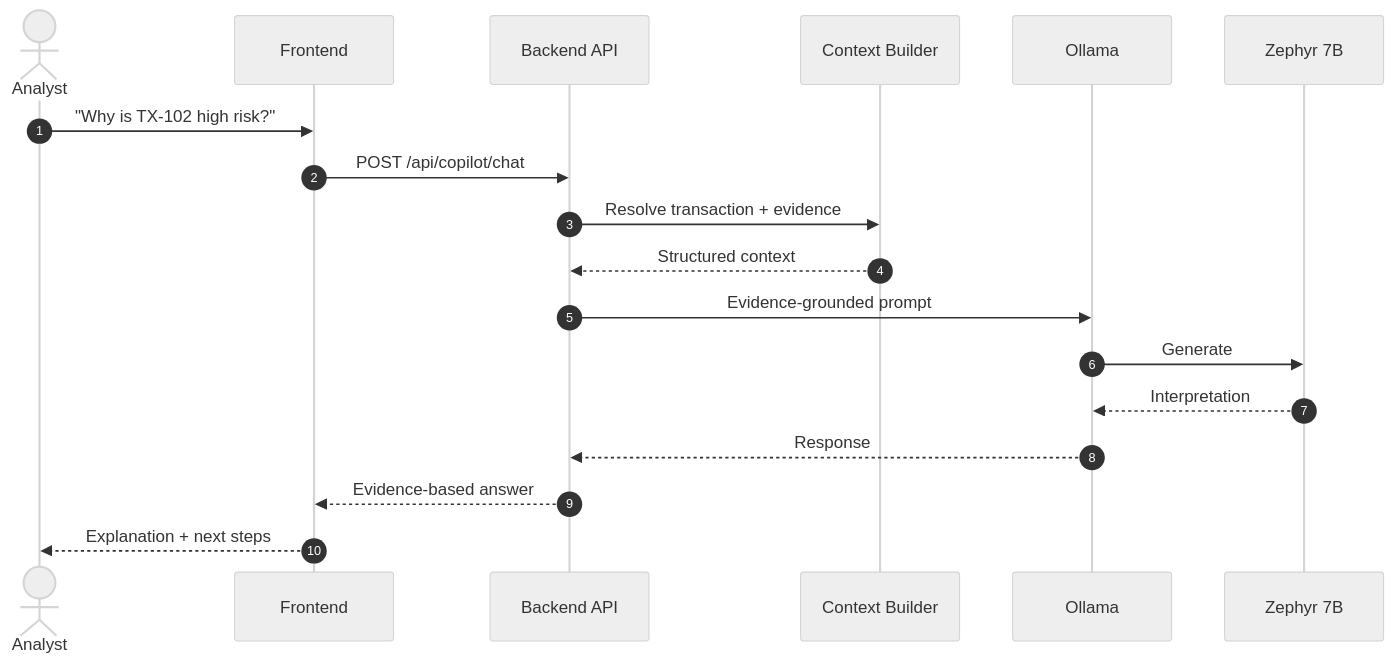
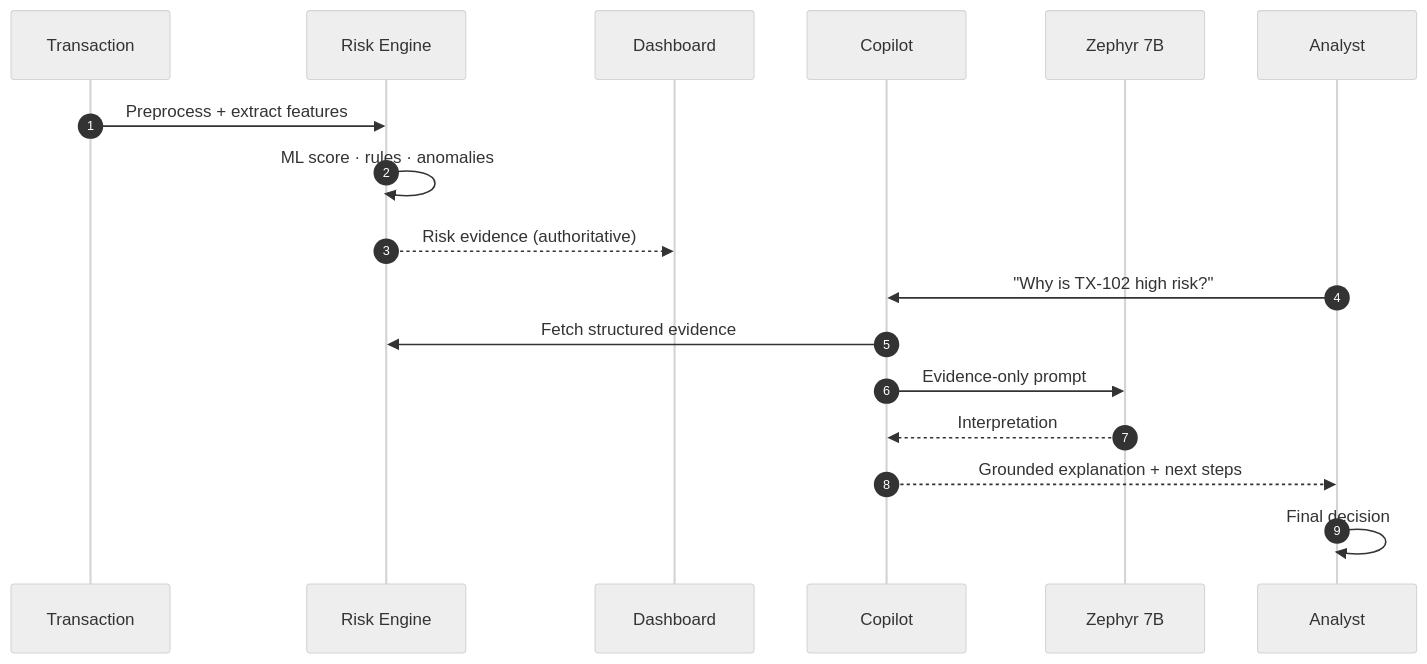
Before and after one commit to Deep455-16/NovaTrust-Banking-RiskShield-Manager: the second of 2 diagrams in README.md, drawn with Mermaid (neutral theme). The commit also changed other lines of this file, not shown here.

````diff
--- a/README.md
+++ b/README.md
@@ -202,21 +140,20 @@
 ```mermaid
 sequenceDiagram
     autonumber
-    actor An as Analyst
-    participant FE as Frontend
-    participant API as Backend API
-    participant CB as Context Builder
-    participant OL as Ollama
-    participant Z as Zephyr 7B
+    participant Tx as Transaction
+    participant RE as Risk Engine
+    participant UI as Dashboard
+    participant CP as Copilot
+    participant LLM as Zephyr 7B
+    participant An as Analyst
 
-    An->>FE: "Why is TX-102 high risk?"
-    FE->>API: POST /api/copilot/chat
-    API->>CB: Resolve transaction + evidence
-    CB-->>API: Structured context
-    API->>OL: Evidence-grounded prompt
-    OL->>Z: Generate
-    Z-->>OL: Interpretation
-    OL-->>API: Response
-    API-->>FE: Evidence-based answer
-    FE-->>An: Explanation + next steps
+    Tx->>RE: Preprocess + extract features
+    RE->>RE: ML score · rules · anomalies
+    RE-->>UI: Risk evidence (authoritative)
+    An->>CP: "Why is TX-102 high risk?"
+    CP->>RE: Fetch structured evidence
+    CP->>LLM: Evidence-only prompt
+    LLM-->>CP: Interpretation
+    CP-->>An: Grounded explanation + next steps
+    An->>An: Final decision
 ```
````
